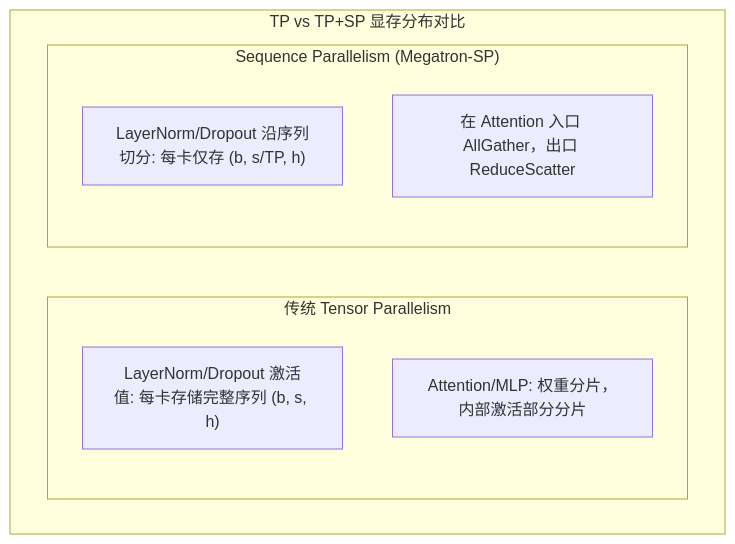
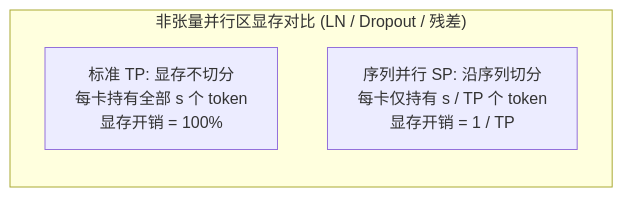
One commit to hsthanb4/hpclearning changed the first of 2 diagrams in train/lesson07.qmd. Above: the diagram before and after it, drawn with Mermaid. The commit also changed other lines of this file and 89 other files, not shown here.

Commit message:
style(docs): relocate images and diagrams adjacent to their textual references across all lessons

````diff
--- a/train/lesson07.qmd
+++ b/train/lesson07.qmd
@@ -37,13 +51,8 @@
 ```{mermaid}
-flowchart TD
-    subgraph Comparison["TP vs TP+SP 显存分布对比"]
-        subgraph StandardTP["传统 Tensor Parallelism"]
-            TP_Act["LayerNorm/Dropout 激活值: 每卡存储完整序列 (b, s, h)"]
-            TP_Attn["Attention/MLP: 权重分片，内部激活部分分片"]
-        end
-        subgraph SP["Sequence Parallelism (Megatron-SP)"]
-            SP_Act["LayerNorm/Dropout 沿序列切分: 每卡仅存 (b, s/TP, h)"]
-            SP_Comm["在 Attention 入口 AllGather，出口 ReduceScatter"]
-        end
+flowchart LR
+    subgraph NonTP["非张量并行区显存对比 (LN / Dropout / 残差)"]
+        direction TB
+        Standard["标准 TP: 显存不切分<br>每卡持有全部 s 个 token<br>显存开销 = 100%"]
+        SP["序列并行 SP: 沿序列切分<br>每卡仅持有 s / TP 个 token<br>显存开销 = 1 / TP"]
     end
 ```
````
